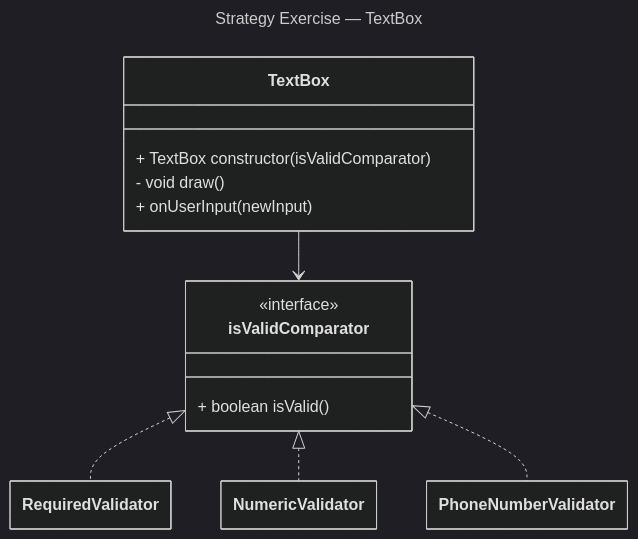
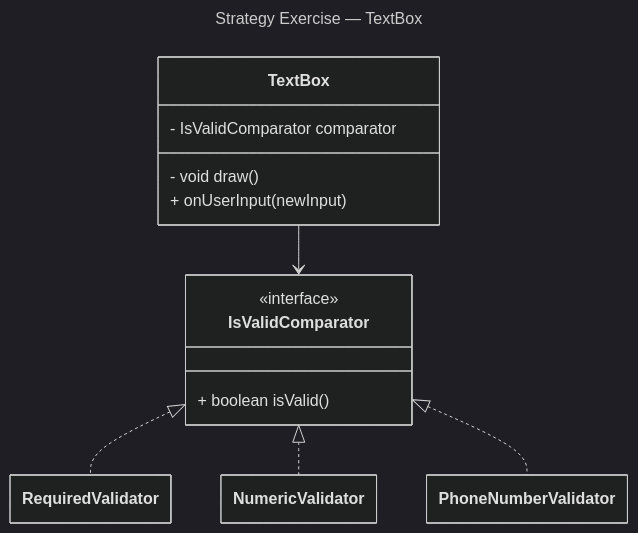
Before and after one commit to frozenfrank/cs340-assignments: the first of 4 diagrams in README.md, drawn with Mermaid (dark theme). The commit also changed other lines of this file, not shown here.

````diff
--- a/README.md
+++ b/README.md
@@ -14,24 +14,24 @@
 ```mermaid
 ---
 title: Strategy Exercise — TextBox
 config:
   class:
     hideEmptyMembersBox: true
 ---
 classDiagram
 direction TB
 
-class isValidComparator {
+class IsValidComparator {
   <<interface>>
   + boolean isValid()
 }
 
-TextBox : + TextBox constructor(isValidComparator)
+TextBox : - IsValidComparator comparator
 TextBox : - void draw()
 TextBox : + onUserInput(newInput)
-TextBox --> isValidComparator
+TextBox --> IsValidComparator
 
-isValidComparator <|.. RequiredValidator
-isValidComparator <|.. NumericValidator
-isValidComparator <|.. PhoneNumberValidator
+IsValidComparator <|.. RequiredValidator
+IsValidComparator <|.. NumericValidator
+IsValidComparator <|.. PhoneNumberValidator
 ```
````
